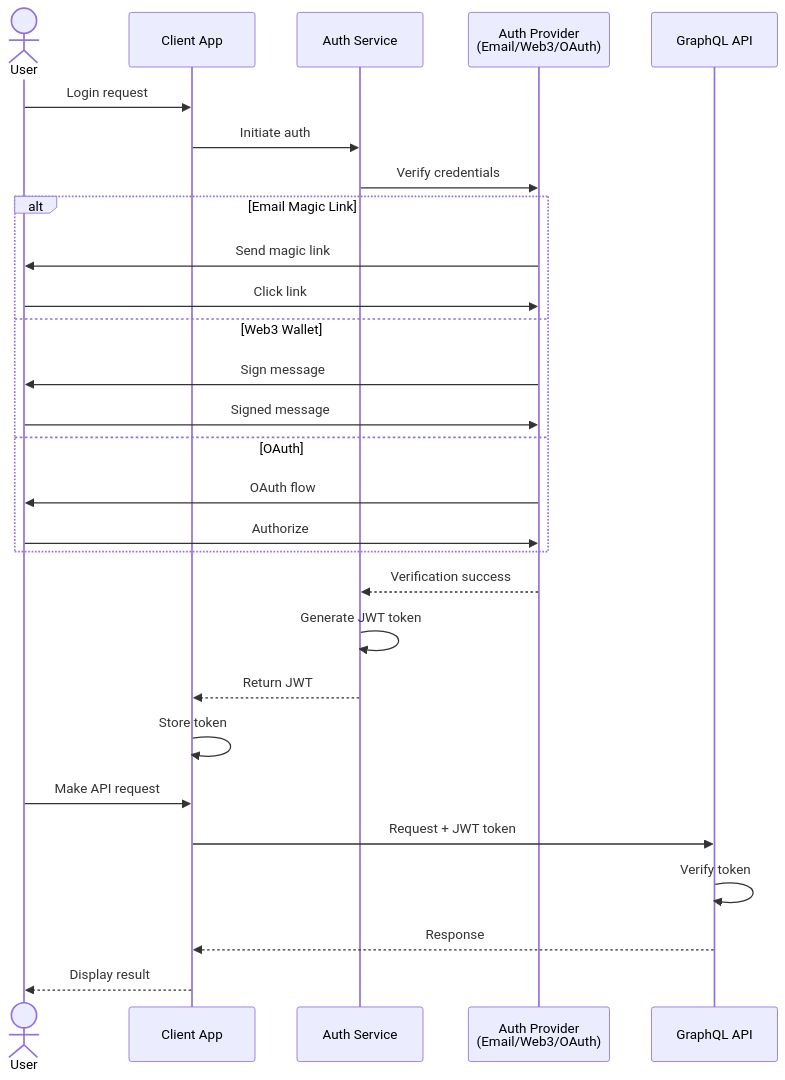
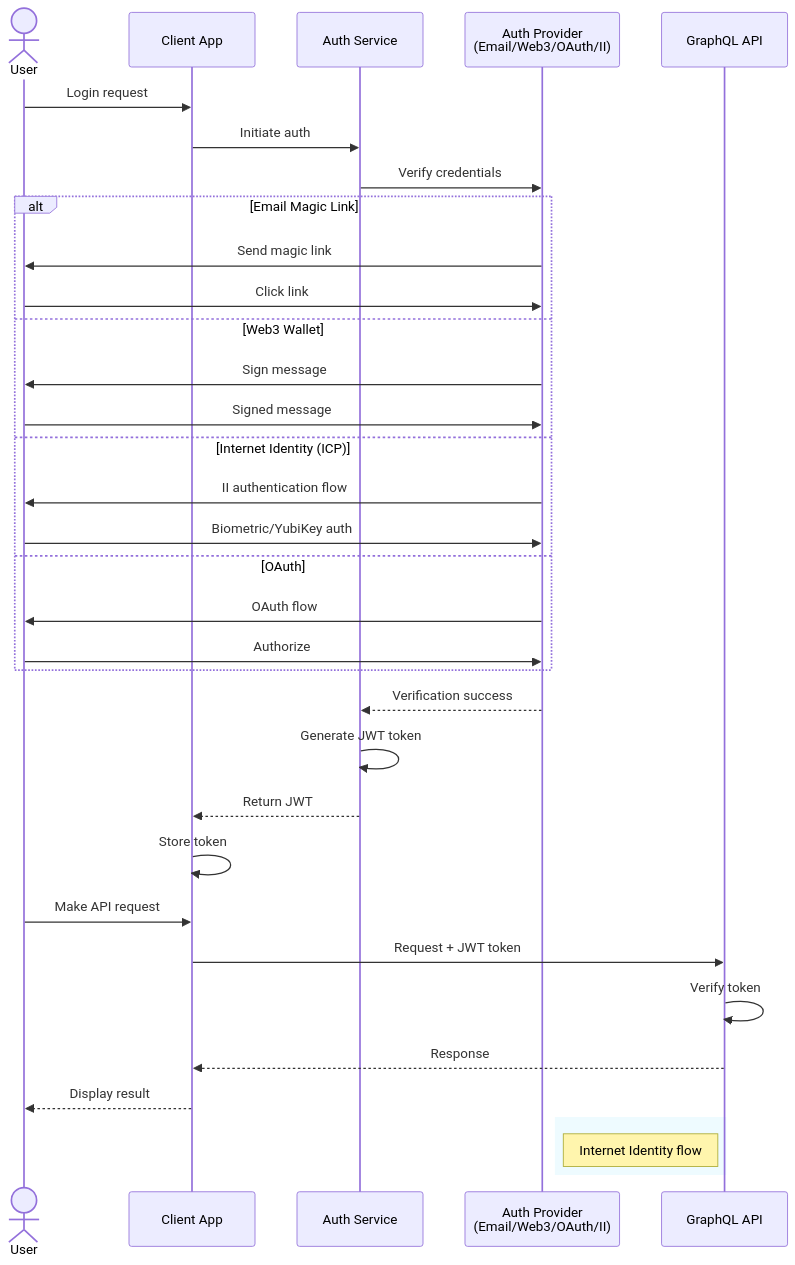
Before and after one commit to alternatefutures/.github: the ninth of 18 diagrams in TECHNICAL_ARCHITECTURE.md, drawn with Mermaid. The commit also changed other lines of this file, not shown here.

First line of the commit message:
feat: integrate Internet Computer (ICP) into architecture

````diff
--- a/TECHNICAL_ARCHITECTURE.md
+++ b/TECHNICAL_ARCHITECTURE.md
@@ -618,35 +742,42 @@
 ```mermaid
 sequenceDiagram
     actor User
     participant Client as Client App
     participant Auth as Auth Service
-    participant Provider as Auth Provider<br/>(Email/Web3/OAuth)
+    participant Provider as Auth Provider<br/>(Email/Web3/OAuth/II)
     participant API as GraphQL API
     
     User->>Client: Login request
     Client->>Auth: Initiate auth
     Auth->>Provider: Verify credentials
     
     alt Email Magic Link
         Provider->>User: Send magic link
         User->>Provider: Click link
     else Web3 Wallet
         Provider->>User: Sign message
         User->>Provider: Signed message
+    else Internet Identity (ICP)
+        Provider->>User: II authentication flow
+        User->>Provider: Biometric/YubiKey auth
     else OAuth
         Provider->>User: OAuth flow
         User->>Provider: Authorize
     end
     
     Provider-->>Auth: Verification success
     Auth->>Auth: Generate JWT token
     Auth-->>Client: Return JWT
     
     Client->>Client: Store token
     
     User->>Client: Make API request
     Client->>API: Request + JWT token
     API->>API: Verify token
     API-->>Client: Response
     Client-->>User: Display result
+    
+    rect rgba(197, 240, 255, 0.3)
+        note right of Provider: Internet Identity flow
+    end
 ```
````
